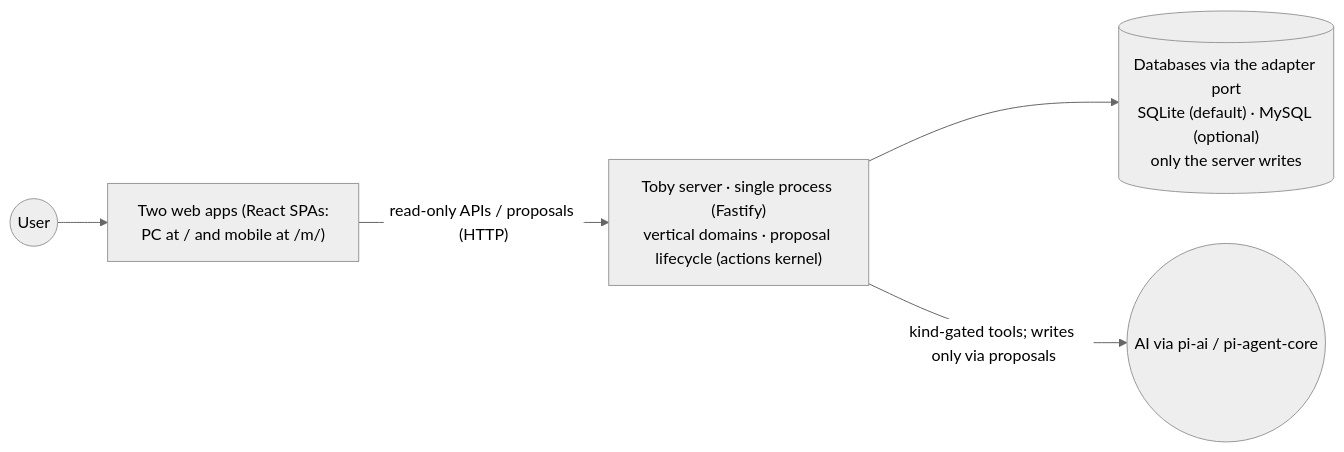
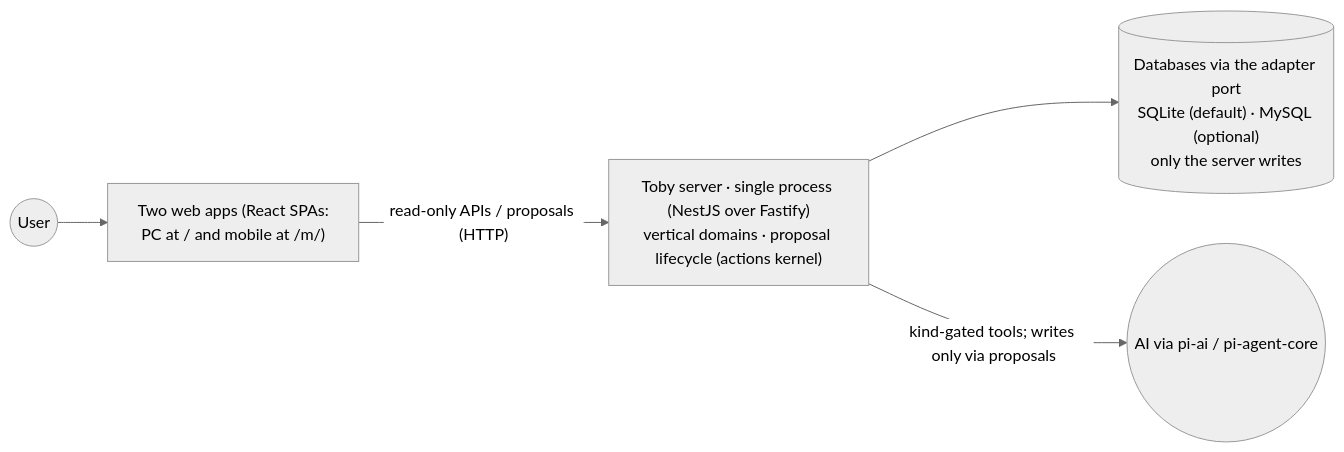
Before and after one commit to dengyusys/toby: the first of 3 diagrams in docs/system-overview.md, drawn with Mermaid (neutral theme). The commit also changed other lines of this file and 39 other files, not shown here.

````diff
--- a/docs/system-overview.md
+++ b/docs/system-overview.md
@@ -23,7 +23,7 @@
 ```mermaid
 flowchart LR
     U(("User")) --> W["Two web apps (React SPAs:<br/>PC at / and mobile at /m/)"]
-    W -->|"read-only APIs / proposals (HTTP)"| S["Toby server · single process (Fastify)<br/>vertical domains · proposal lifecycle (actions kernel)"]
+    W -->|"read-only APIs / proposals (HTTP)"| S["Toby server · single process (NestJS over Fastify)<br/>vertical domains · proposal lifecycle (actions kernel)"]
     S --> DB[("Databases via the adapter port<br/>SQLite (default) · MySQL (optional)<br/>only the server writes")]
     S -->|"kind-gated tools; writes only via proposals"| AI(("AI via pi-ai / pi-agent-core"))
 ```
````
